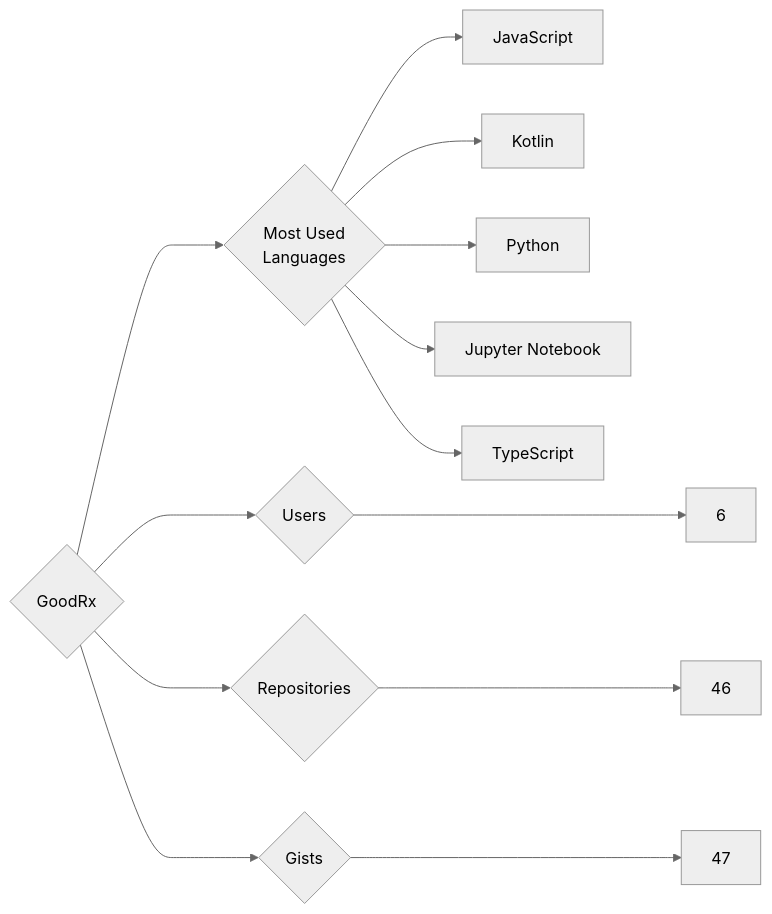
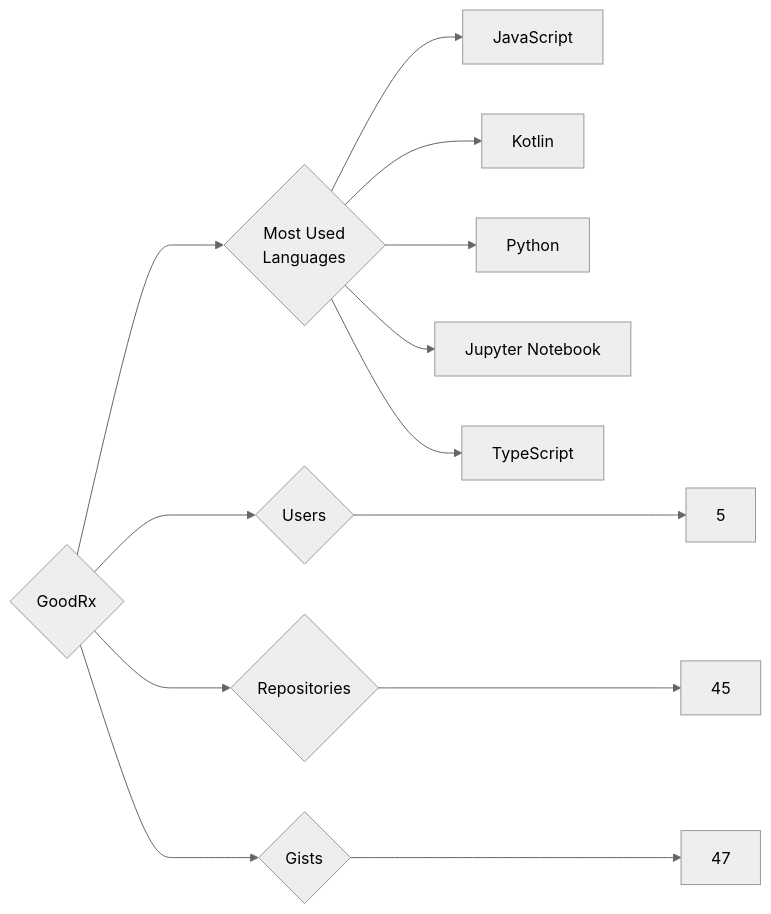
Before and after one commit to trickest/insiders: the diagram in targets/GoodRx/README.md, drawn with Mermaid (neutral theme). The commit also changed 1055 other files, not shown here.

````diff
--- a/targets/GoodRx/README.md
+++ b/targets/GoodRx/README.md
@@ -3,13 +3,13 @@
 ```mermaid
 graph LR
 COMPANY_NAME{GoodRx}
-COMPANY_NAME ---> U{Users} ---> UN[6]
-COMPANY_NAME ---> R{Repositories} ---> RN[46]
+COMPANY_NAME ---> U{Users} ---> UN[5]
+COMPANY_NAME ---> R{Repositories} ---> RN[45]
 COMPANY_NAME ---> G{Gists} ---> GN[47]
 COMPANY_NAME ---> ML{Most Used<br>Languages}
 ML --> JavaScript[JavaScript]
 ML --> Kotlin[Kotlin]
 ML --> Python[Python]
 ML --> Jupyter_Notebook[Jupyter Notebook]
 ML --> TypeScript[TypeScript]
 ```
````
